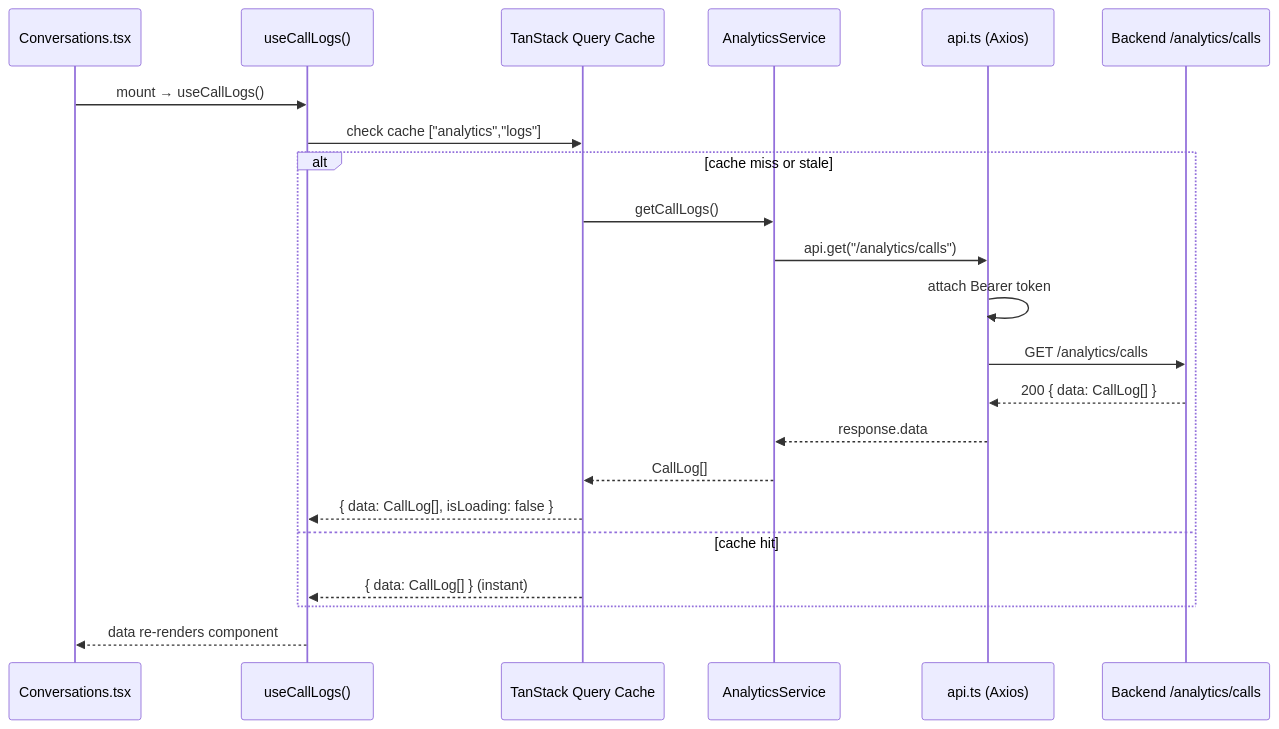
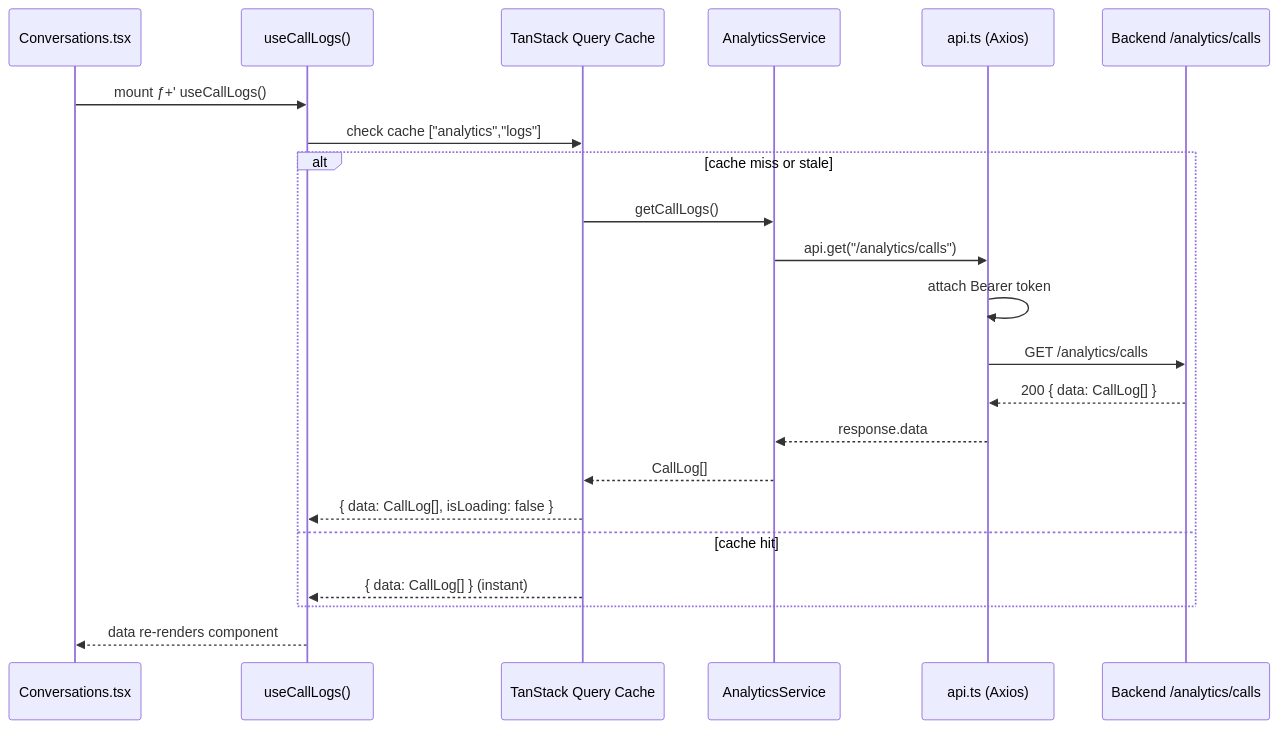
The fifth of 5 diagrams in trekdesk-admin-dashboard/docs/ARCHITECTURE.md (udaaraSH23/TrekDeskAI), drawn with Mermaid before and after one commit. The commit also changed other lines of this file and 198 other files, not shown here.

````diff
--- a/trekdesk-admin-dashboard/docs/ARCHITECTURE.md
+++ b/trekdesk-admin-dashboard/docs/ARCHITECTURE.md
@@ -132,25 +142,25 @@
 ```mermaid
 sequenceDiagram
     participant C as Conversations.tsx
     participant H as useCallLogs()
     participant Q as TanStack Query Cache
     participant S as AnalyticsService
     participant A as api.ts (Axios)
     participant B as Backend /analytics/calls
 
-    C->>H: mount → useCallLogs()
+    C->>H: mount ƒ+' useCallLogs()
     H->>Q: check cache ["analytics","logs"]
     alt cache miss or stale
         Q->>S: getCallLogs()
         S->>A: api.get("/analytics/calls")
         A->>A: attach Bearer token
         A->>B: GET /analytics/calls
         B-->>A: 200 { data: CallLog[] }
         A-->>S: response.data
         S-->>Q: CallLog[]
         Q-->>H: { data: CallLog[], isLoading: false }
     else cache hit
         Q-->>H: { data: CallLog[] } (instant)
     end
     H-->>C: data re-renders component
 ```
````
